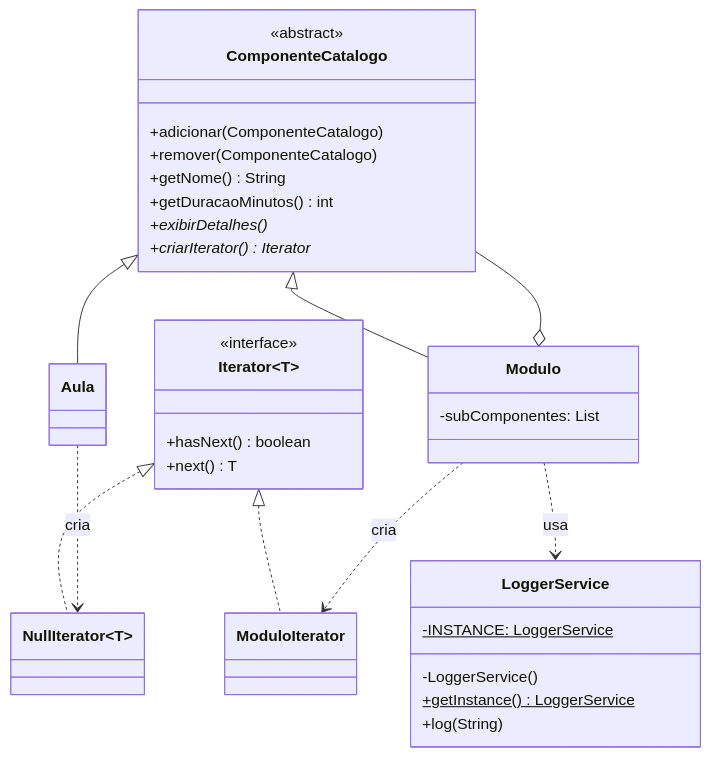
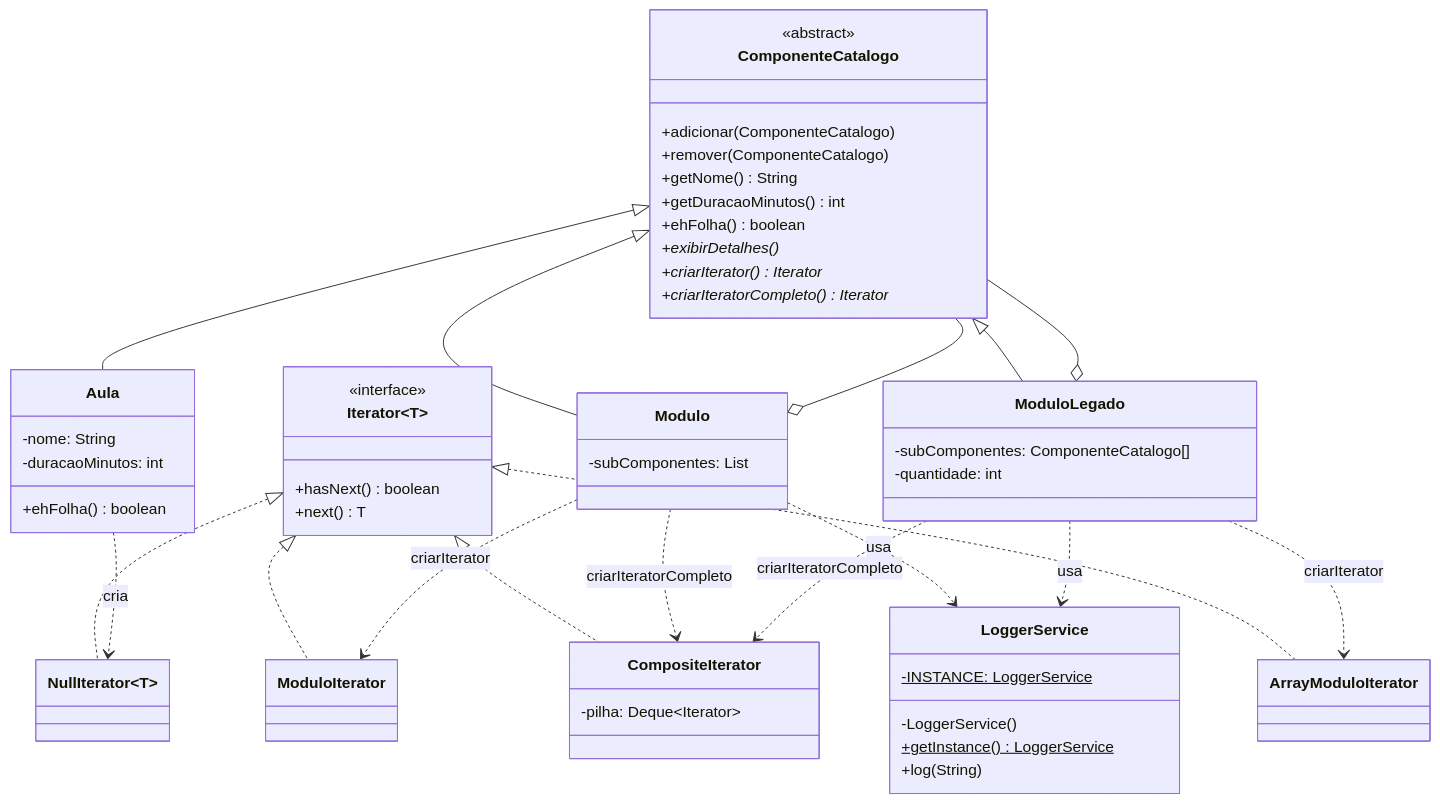
The diagram in README.md (joaohenrique11z/Atividade-Tutorial-Guiado-PPOO), drawn with Mermaid before and after one commit. The commit also changed other lines of this file, not shown here.

````diff
--- a/README.md
+++ b/README.md
@@ -31,38 +37,62 @@
 ```mermaid
 classDiagram
     class LoggerService {
         -INSTANCE: LoggerService$
         -LoggerService()
         +getInstance() LoggerService$
         +log(String)
     }
     class ComponenteCatalogo {
         <<abstract>>
         +adicionar(ComponenteCatalogo)
         +remover(ComponenteCatalogo)
         +getNome() String
         +getDuracaoMinutos() int
+        +ehFolha() boolean
         +exibirDetalhes()*
         +criarIterator() Iterator*
+        +criarIteratorCompleto() Iterator*
     }
-    class Aula
+    class Aula {
+        -nome: String
+        -duracaoMinutos: int
+        +ehFolha() boolean
+    }
     class Modulo {
         -subComponentes: List
+    }
+    class ModuloLegado {
+        -subComponentes: ComponenteCatalogo[]
+        -quantidade: int
     }
     class Iterator~T~ {
         <<interface>>
         +hasNext() boolean
         +next() T
     }
     class ModuloIterator
+    class ArrayModuloIterator
+    class CompositeIterator {
+        -pilha: Deque~Iterator~
+    }
     class NullIterator~T~
 
     ComponenteCatalogo <|-- Aula
     ComponenteCatalogo <|-- Modulo
+    ComponenteCatalogo <|-- ModuloLegado
     Modulo o-- ComponenteCatalogo
+    ModuloLegado o-- ComponenteCatalogo
+
     Iterator <|.. ModuloIterator
+    Iterator <|.. ArrayModuloIterator
+    Iterator <|.. CompositeIterator
     Iterator <|.. NullIterator
-    Modulo ..> ModuloIterator : cria
+
+    Modulo ..> ModuloIterator : criarIterator
+    ModuloLegado ..> ArrayModuloIterator : criarIterator
+    Modulo ..> CompositeIterator : criarIteratorCompleto
+    ModuloLegado ..> CompositeIterator : criarIteratorCompleto
     Aula ..> NullIterator : cria
     Modulo ..> LoggerService : usa
+    ModuloLegado ..> LoggerService : usa
 ```
````
